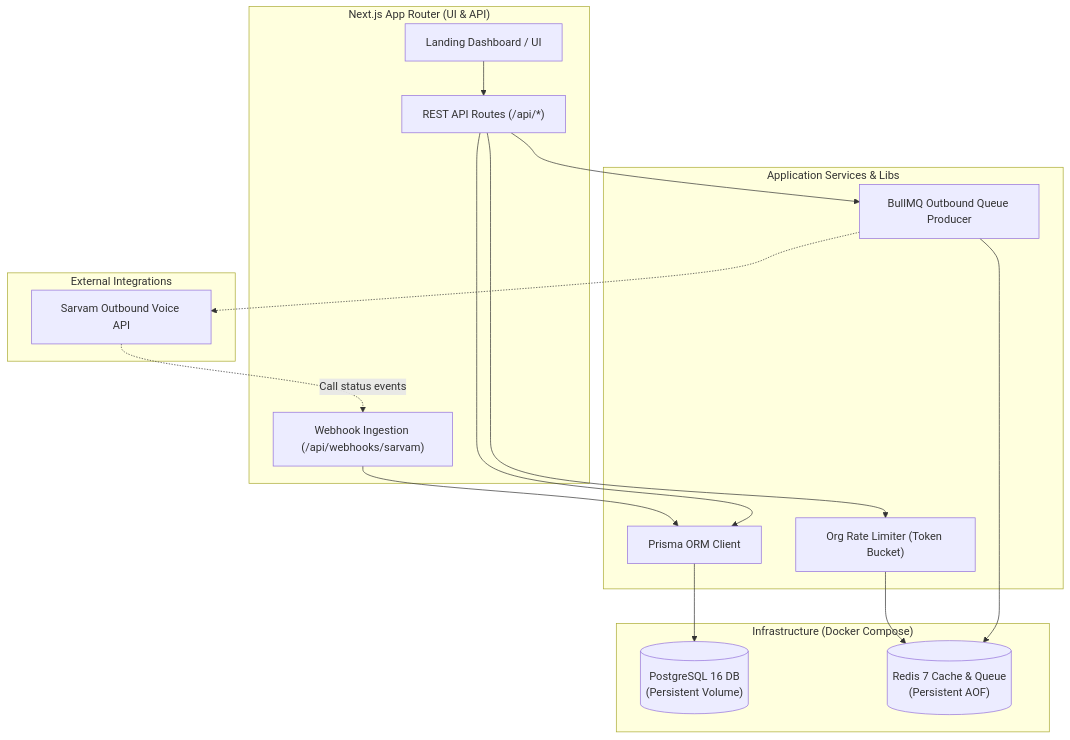
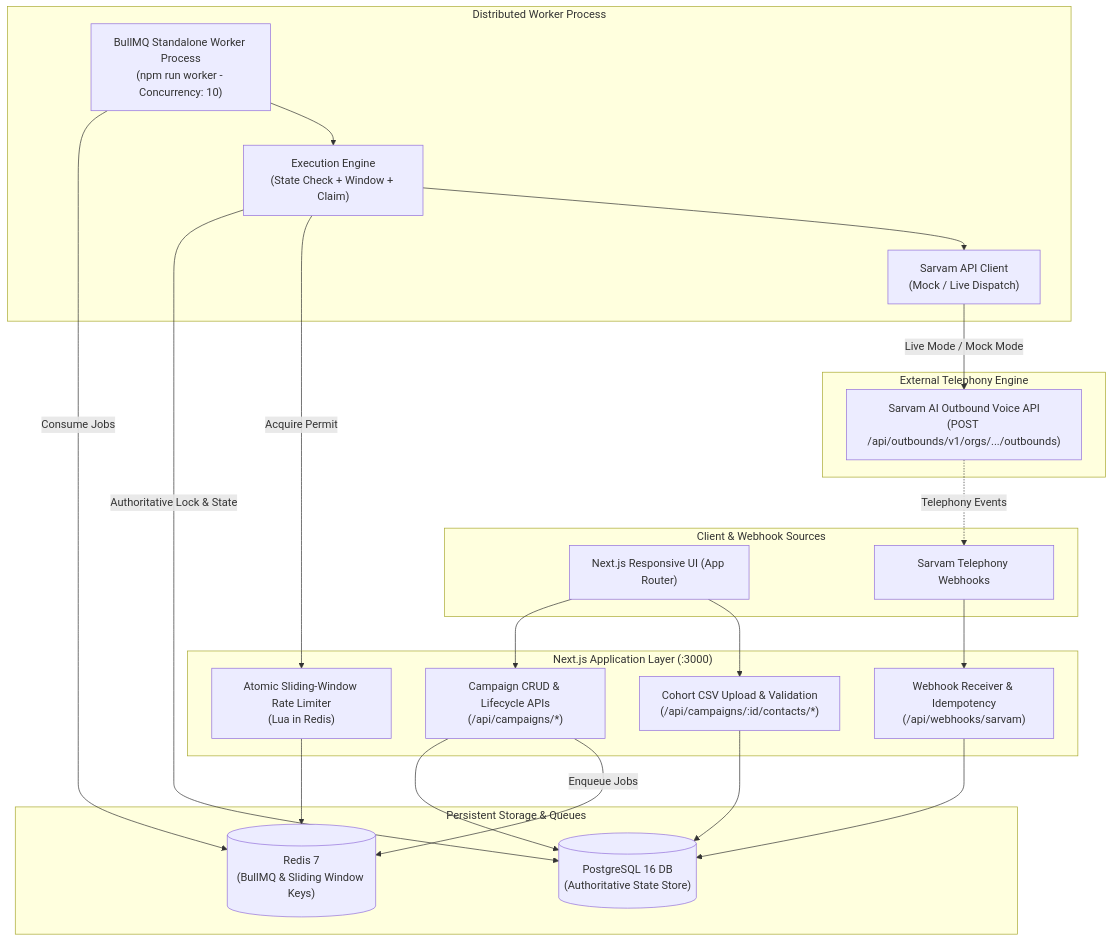
The diagram in README.md (yuvrajsingh20/campaign-manager), drawn with Mermaid before and after one commit. The commit also changed other lines of this file and 13 other files, not shown here.

Commit message:
feat: complete final audit, sliding-window rate limiter, reliability fixes, e2e demo and documentation

````diff
--- a/README.md
+++ b/README.md
@@ -29,35 +9,49 @@
 ```mermaid
 flowchart TD
-    subgraph Frontend["Next.js App Router (UI & API)"]
-        Dashboard["Landing Dashboard / UI"]
-        RestAPI["REST API Routes (/api/*)"]
-        WebhookHandler["Webhook Ingestion (/api/webhooks/sarvam)"]
+    subgraph ClientLayer["Client & Webhook Sources"]
+        BrowserUI["Next.js Responsive UI (App Router)"]
+        SarvamWebhook["Sarvam Telephony Webhooks"]
     end
 
-    subgraph CoreServices["Application Services & Libs"]
-        PrismaClient["Prisma ORM Client"]
-        RateLimiter["Org Rate Limiter (Token Bucket)"]
-        QueueProducer["BullMQ Outbound Queue Producer"]
+    subgraph AppLayer["Next.js Application Layer (:3000)"]
+        CampaignRoutes["Campaign CRUD & Lifecycle APIs\n(/api/campaigns/*)"]
+        CohortRoutes["Cohort CSV Upload & Validation\n(/api/campaigns/:id/contacts/*)"]
+        WebhookHandler["Webhook Receiver & Idempotency\n(/api/webhooks/sarvam)"]
+        SlidingWindowLimiter["Atomic Sliding-Window Rate Limiter\n(Lua in Redis)"]
     end
 
-    subgraph Infrastructure["Infrastructure (Docker Compose)"]
-        PostgresDB[("PostgreSQL 16 DB\n(Persistent Volume)")]
-        RedisStore[("Redis 7 Cache & Queue\n(Persistent AOF)")]
+    subgraph DataQueue["Persistent Storage & Queues"]
+        Postgres[("PostgreSQL 16 DB\n(Authoritative State Store)")]
+        RedisStore[("Redis 7\n(BullMQ & Sliding Window Keys)")]
     end
 
-    subgraph External["External Integrations"]
-        SarvamAPI["Sarvam Outbound Voice API"]
+    subgraph ExecutionLayer["Distributed Worker Process"]
+        WorkerProcess["BullMQ Standalone Worker Process\n(npm run worker - Concurrency: 10)"]
+        ExecutionEngine["Execution Engine\n(State Check + Window + Claim)"]
+        SarvamClient["Sarvam API Client\n(Mock / Live Dispatch)"]
     end
 
-    Dashboard --> RestAPI
-    RestAPI --> RateLimiter
-    RestAPI --> QueueProducer
-    RestAPI --> PrismaClient
-    WebhookHandler --> PrismaClient
+    subgraph Provider["External Telephony Engine"]
+        SarvamAPI["Sarvam AI Outbound Voice API\n(POST /api/outbounds/v1/orgs/.../outbounds)"]
+    end
 
-    QueueProducer --> RedisStore
-    PrismaClient --> PostgresDB
-    RateLimiter --> RedisStore
-    QueueProducer -.-> SarvamAPI
-    SarvamAPI -.->|Call status events| WebhookHandler
+    BrowserUI --> CampaignRoutes
+    BrowserUI --> CohortRoutes
+    SarvamWebhook --> WebhookHandler
+
+    CampaignRoutes --> Postgres
+    CohortRoutes --> Postgres
+    WebhookHandler --> Postgres
+
+    CampaignRoutes -->|Enqueue Jobs| RedisStore
+    WorkerProcess -->|Consume Jobs| RedisStore
+    WorkerProcess --> ExecutionEngine
+
+    ExecutionEngine -->|Authoritative Lock & State| Postgres
+    ExecutionEngine -->|Acquire Permit| SlidingWindowLimiter
+    SlidingWindowLimiter --> RedisStore
+    ExecutionEngine --> SarvamClient
+
+    SarvamClient -->|Live Mode / Mock Mode| SarvamAPI
+    SarvamAPI -.->|Telephony Events| SarvamWebhook
 ```
````
